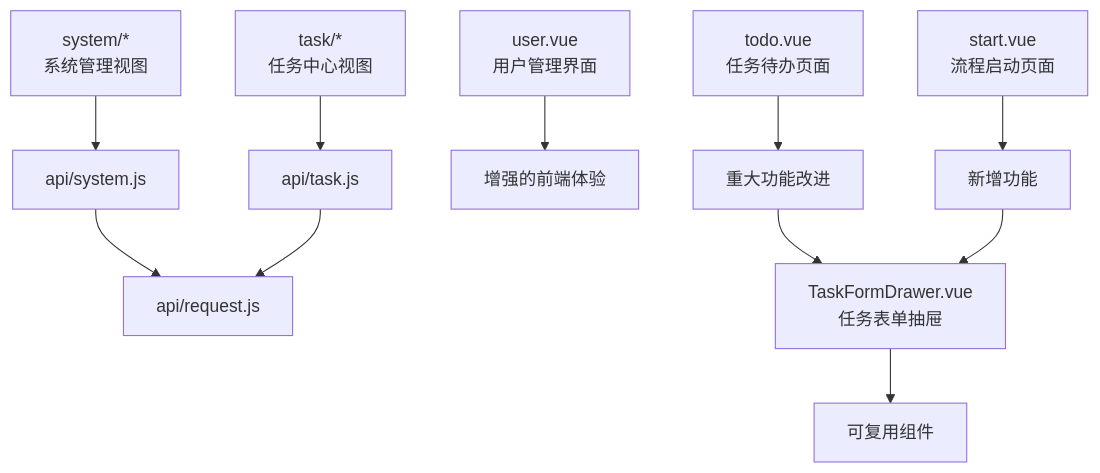
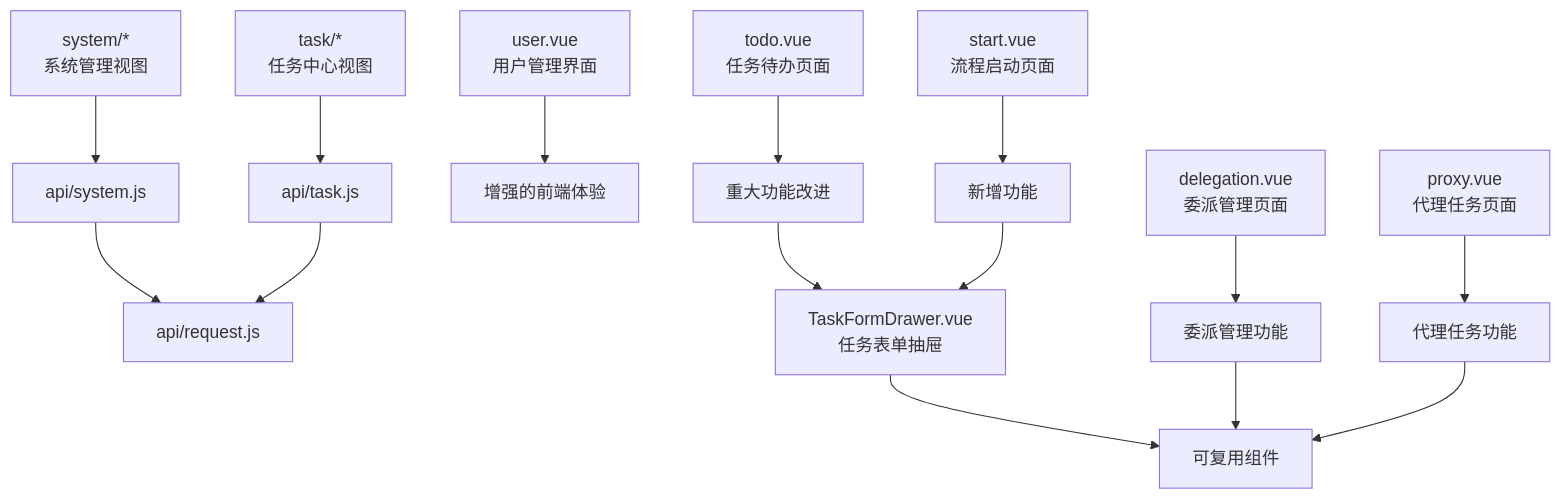
One commit to liming-lihaini/workflow changed the eighth of 13 diagrams in .qoder/repowiki/zh/content/用户界面设计/用户界面设计.md. Above: the diagram before and after it, drawn with Mermaid. The commit also changed other lines of this file and 27 other files, not shown here.

````diff
--- a/.qoder/repowiki/zh/content/用户界面设计/用户界面设计.md
+++ b/.qoder/repowiki/zh/content/用户界面设计/用户界面设计.md
@@ -404,13 +423,17 @@
 ```mermaid
 graph TB
 SYS["system/*<br/>系统管理视图"] --> API_SYS["api/system.js"]
 TASK["task/*<br/>任务中心视图"] --> API_TASK["api/task.js"]
 API_SYS --> REQ["api/request.js"]
 API_TASK --> REQ
 USER_VUE["user.vue<br/>用户管理界面"] --> ENHANCED_UI["增强的前端体验"]
 TASK_TODO["todo.vue<br/>任务待办页面"] --> TASK_ENHANCE["重大功能改进"]
 TASK_START["start.vue<br/>流程启动页面"] --> NEW_FEATURE["新增功能"]
+TASK_DELEGATION["delegation.vue<br/>委派管理页面"] --> DELEGATION_FEATURE["委派管理功能"]
+TASK_PROXY["proxy.vue<br/>代理任务页面"] --> PROXY_FEATURE["代理任务功能"]
 TASK_DRAWER["TaskFormDrawer.vue<br/>任务表单抽屉"] --> TASK_COMPONENT["可复用组件"]
 TASK_ENHANCE --> TASK_DRAWER
 NEW_FEATURE --> TASK_DRAWER
+DELEGATION_FEATURE --> TASK_COMPONENT
+PROXY_FEATURE --> TASK_COMPONENT
 ```
````
